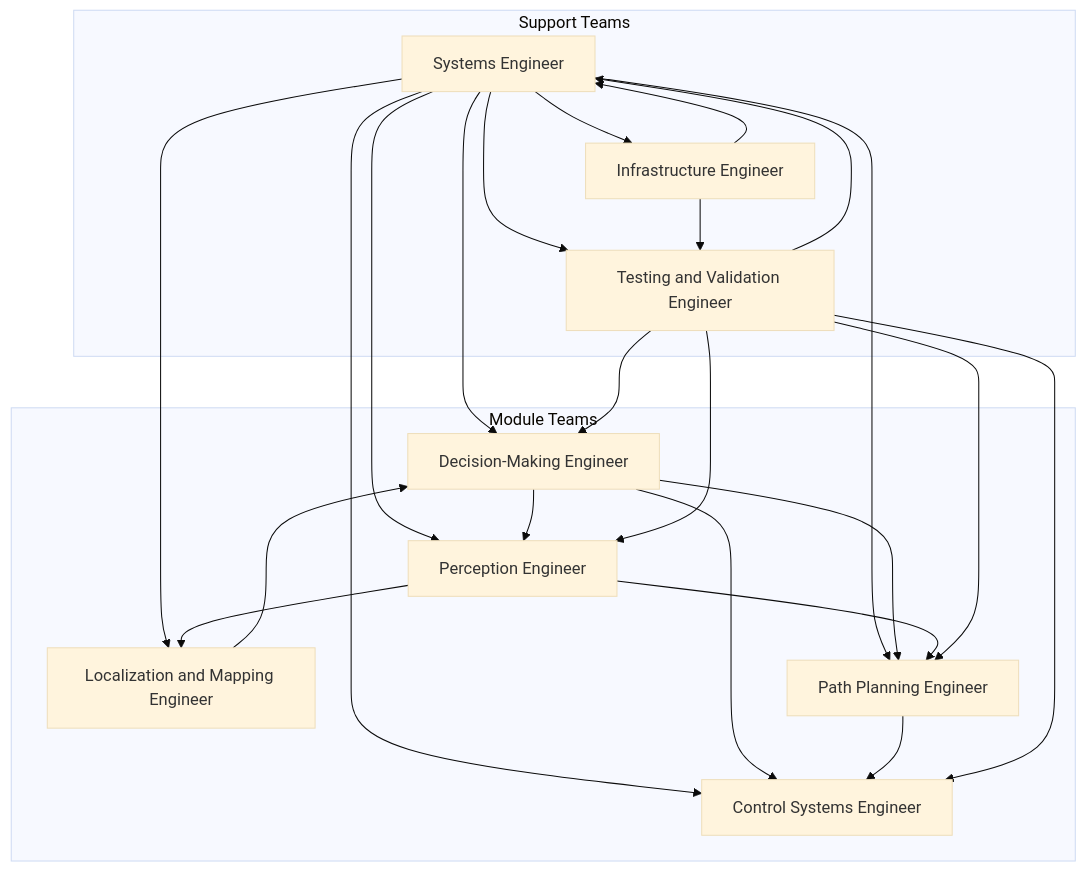
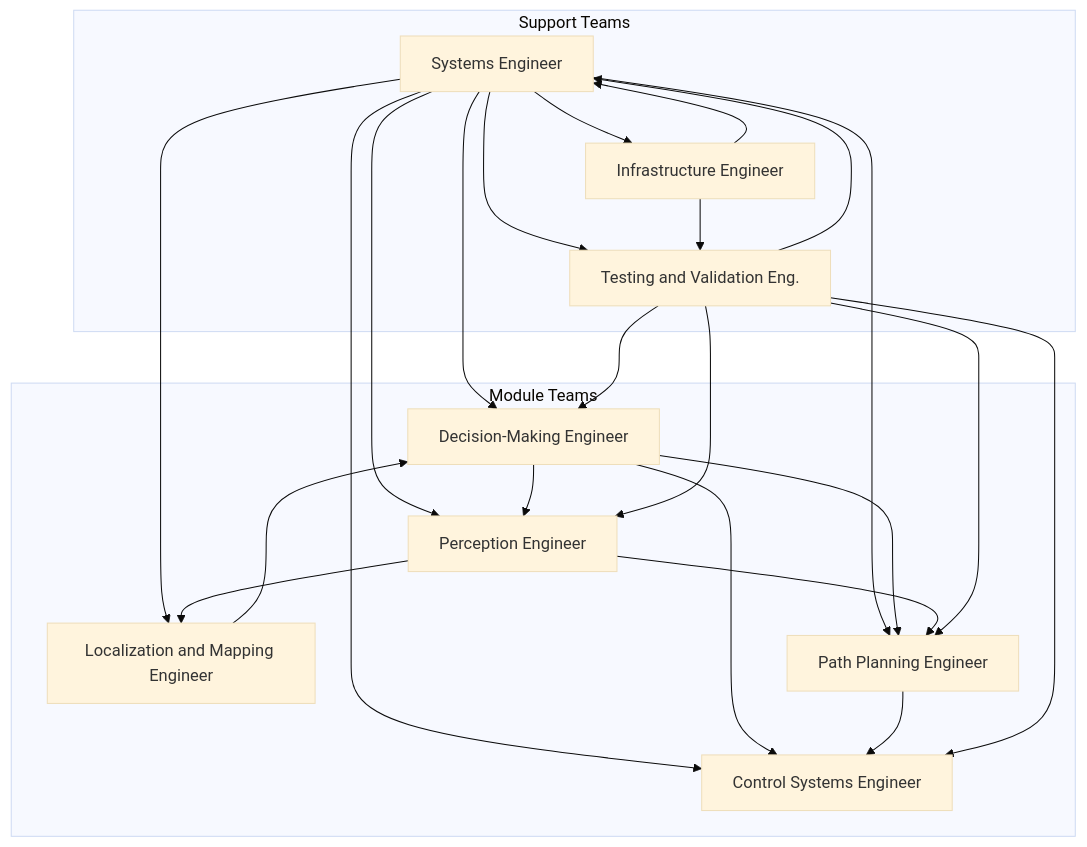
Before and after one commit to una-auxme/paf: the diagram in doc/08_dev_talks/paf24/student_roles24.md, drawn with Mermaid (base theme).

Commit message:
Validation Engineer role abbreviation

````diff
--- a/doc/08_dev_talks/paf24/student_roles24.md
+++ b/doc/08_dev_talks/paf24/student_roles24.md
@@ -74,45 +74,45 @@
 ```mermaid
 graph TD
     SE[Systems Engineer] --> DME[Decision-Making Engineer]
     SE --> PE[Perception Engineer]
     SE --> LME[Localization and Mapping Engineer]
     SE --> PPE[Path Planning Engineer]
     SE --> CSE[Control Systems Engineer]
-    SE --> TVE[Testing and Validation Engineer]
+    SE --> TVE[Testing and Validation Eng.]
     SE --> IE[Infrastructure Engineer]
     
     DME --> PE
     DME --> PPE
     DME --> CSE
 
     PE --> LME
     PE --> PPE
     
     PPE --> CSE
     
     TVE --> SE
     TVE --> DME
     TVE --> PE
     TVE --> PPE
     TVE --> CSE
     
     IE --> SE
     IE --> TVE
 
     LME --> DME
     
     subgraph Module Teams
         DME
         PE
         LME
         PPE
         CSE
     end
     
     subgraph Support Teams
         SE
         TVE
         IE
     end
 
 ```
````
